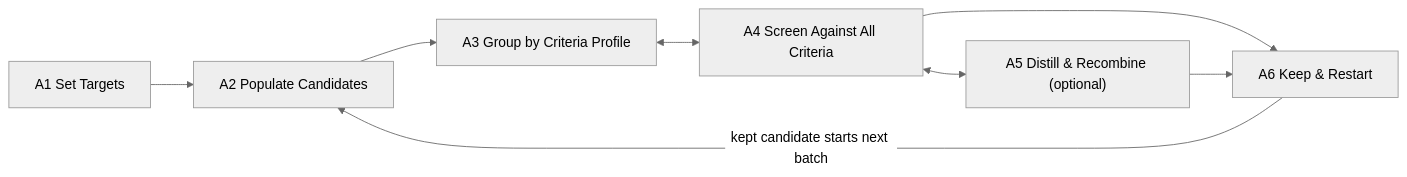
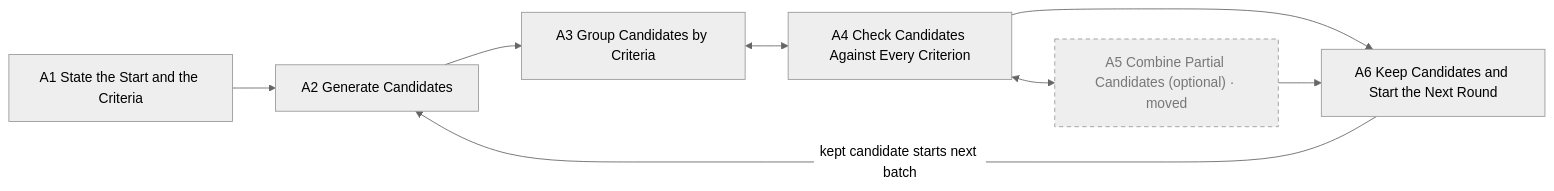
The first of 3 diagrams in pattern-language/pattern-language-mvp.md (ucla-hci/interaction-design-patterns), drawn with Mermaid (neutral theme) before and after one commit. The commit also changed other lines of this file and 1 other file, not shown here.

````diff
--- a/pattern-language/pattern-language-mvp.md
+++ b/pattern-language/pattern-language-mvp.md
@@ -102,10 +132,11 @@
 ```mermaid
 flowchart LR
-  A1["A1 Set Targets"] --> A2["A2 Populate Candidates"]
-  A2 --> A3["A3 Group by Criteria Profile"]
-  A3 <--> A4["A4 Screen Against All Criteria"]
-  A4 <--> A5["A5 Distill & Recombine (optional)"]
-  A4 --> A6["A6 Keep & Restart"]
+  A1["A1 State the Start and the Criteria"] --> A2["A2 Generate Candidates"]
+  A2 --> A3["A3 Group Candidates by Criteria"]
+  A3 <--> A4["A4 Check Candidates Against Every Criterion"]
+  A4 <--> A5["A5 Combine Partial Candidates (optional) · moved"]:::moved
+  A4 --> A6["A6 Keep Candidates and Start the Next Round"]
   A5 --> A6
   A6 -- "kept candidate starts next batch" --> A2
+  classDef moved stroke-dasharray:5 4,color:#777
 ```
````
